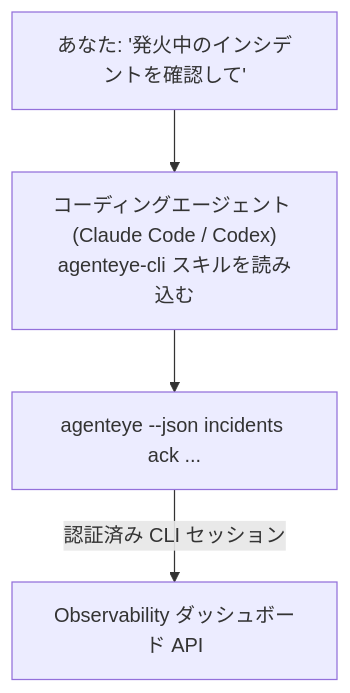
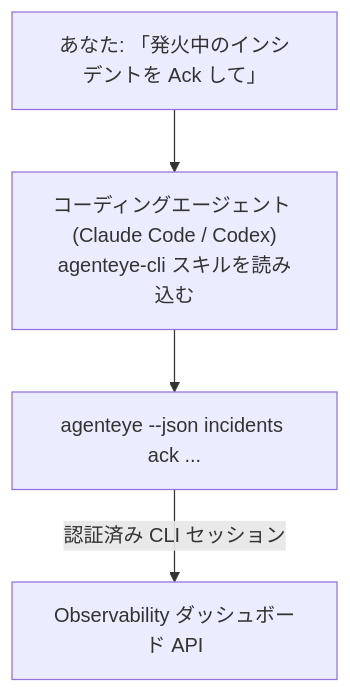
One commit to FailproofAI/failproofai changed the diagram in docs/ja/agenteye/cli-skill.mdx. Above: the diagram before and after it, drawn with Mermaid. The commit also changed other lines of this file and 649 other files, not shown here.

````diff
--- a/docs/ja/agenteye/cli-skill.mdx
+++ b/docs/ja/agenteye/cli-skill.mdx
@@ -28,6 +28,6 @@
 ```mermaid
 flowchart TD
-    YOU["あなた: '発火中のインシデントを確認して'"] --> AGENT["コーディングエージェント (Claude Code / Codex)<br/>agenteye-cli スキルを読み込む"]
+    YOU["あなた: 「発火中のインシデントを Ack して」"] --> AGENT["コーディングエージェント (Claude Code / Codex)<br/>agenteye-cli スキルを読み込む"]
     AGENT --> CLI["agenteye --json incidents ack ..."]
     CLI -->|認証済み CLI セッション| API["Observability ダッシュボード API"]
 ```
````
